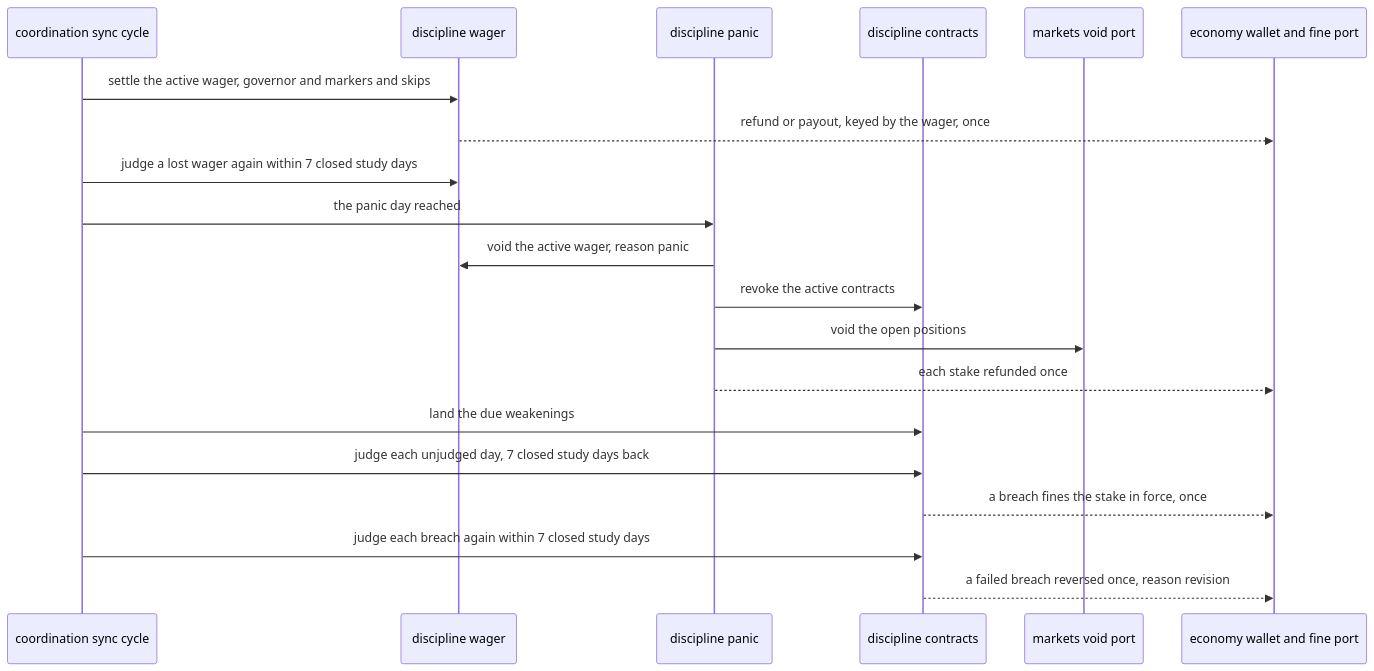
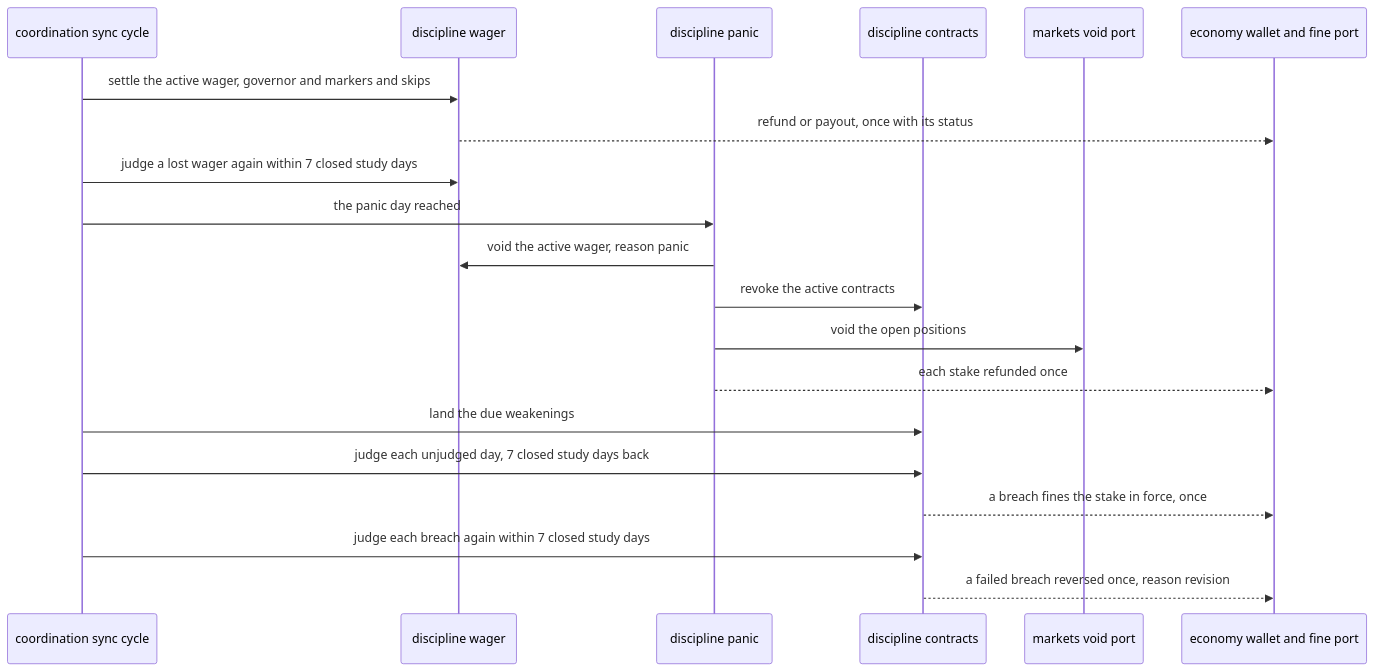
The first of 6 diagrams in docs/schematics/wager-and-contract-lifecycle.md (RexRenatus/deck-streak), drawn with Mermaid before and after one commit. The commit also changed other lines of this file and 1 other file, not shown here.

Commit message:
docs(plan): refund stakes once with their status, tie wagers to economy

````diff
--- a/docs/schematics/wager-and-contract-lifecycle.md
+++ b/docs/schematics/wager-and-contract-lifecycle.md
@@ -25,22 +25,22 @@
 ```mermaid
 sequenceDiagram
   participant C as coordination sync cycle
   participant W as discipline wager
   participant P as discipline panic
   participant K as discipline contracts
   participant M as markets void port
   participant E as economy wallet and fine port
   C->>W: settle the active wager, governor and markers and skips
-  W-->>E: refund or payout, keyed by the wager, once
+  W-->>E: refund or payout, once with its status
   C->>W: judge a lost wager again within 7 closed study days
   C->>P: the panic day reached
   P->>W: void the active wager, reason panic
   P->>K: revoke the active contracts
   P->>M: void the open positions
   P-->>E: each stake refunded once
   C->>K: land the due weakenings
   C->>K: judge each unjudged day, 7 closed study days back
   K-->>E: a breach fines the stake in force, once
   C->>K: judge each breach again within 7 closed study days
   K-->>E: a failed breach reversed once, reason revision
 ```
````
